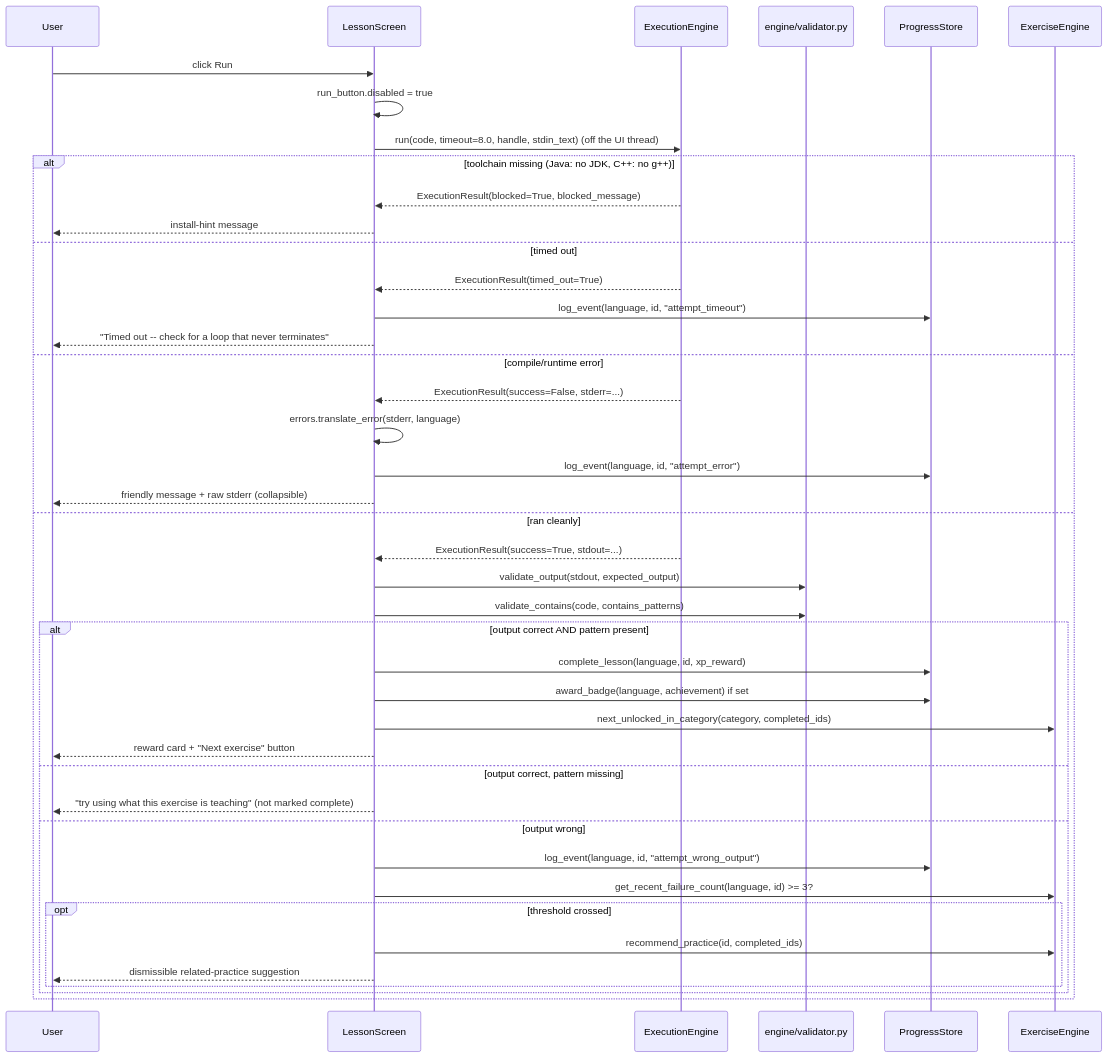
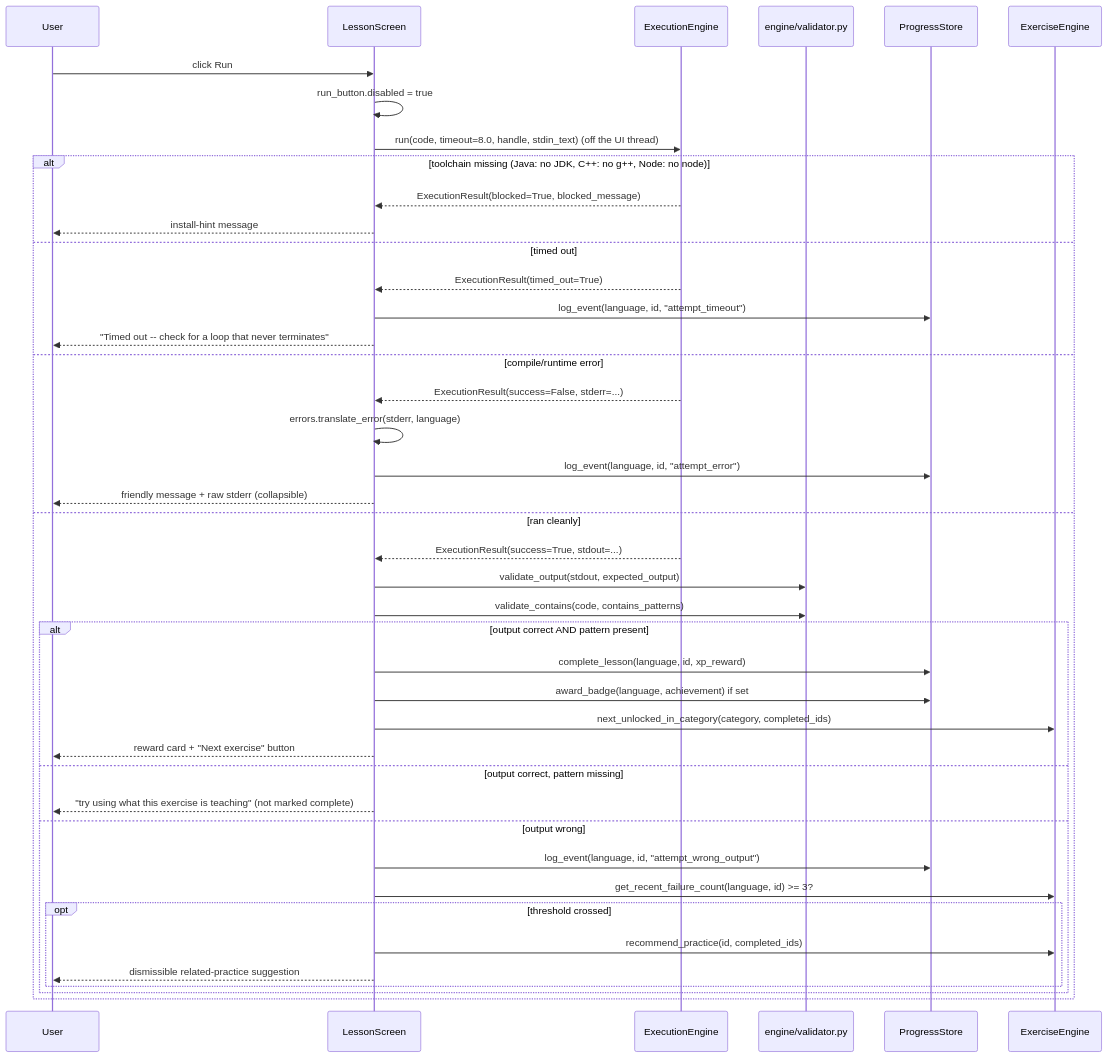
Before and after one commit to shreejitpanchal/coding-adventure: the sixth of 9 diagrams in docs/ARCHITECTURE.md, drawn with Mermaid. The commit also changed other lines of this file and 336 other files, not shown here.

First line of the commit message:
Add Node.js as 5th language track; unlock mobile progression for Java/C++/Spring/Node

````diff
--- a/docs/ARCHITECTURE.md
+++ b/docs/ARCHITECTURE.md
@@ -359,45 +364,45 @@
 ```mermaid
 sequenceDiagram
     participant User
     participant Screen as LessonScreen
     participant Engine as ExecutionEngine
     participant Validator as engine/validator.py
     participant Store as ProgressStore
     participant ExEngine as ExerciseEngine
 
     User->>Screen: click Run
     Screen->>Screen: run_button.disabled = true
     Screen->>Engine: run(code, timeout=8.0, handle, stdin_text) (off the UI thread)
-    alt toolchain missing (Java: no JDK, C++: no g++)
+    alt toolchain missing (Java: no JDK, C++: no g++, Node: no node)
         Engine-->>Screen: ExecutionResult(blocked=True, blocked_message)
         Screen-->>User: install-hint message
     else timed out
         Engine-->>Screen: ExecutionResult(timed_out=True)
         Screen->>Store: log_event(language, id, "attempt_timeout")
         Screen-->>User: "Timed out -- check for a loop that never terminates"
     else compile/runtime error
         Engine-->>Screen: ExecutionResult(success=False, stderr=...)
         Screen->>Screen: errors.translate_error(stderr, language)
         Screen->>Store: log_event(language, id, "attempt_error")
         Screen-->>User: friendly message + raw stderr (collapsible)
     else ran cleanly
         Engine-->>Screen: ExecutionResult(success=True, stdout=...)
         Screen->>Validator: validate_output(stdout, expected_output)
         Screen->>Validator: validate_contains(code, contains_patterns)
         alt output correct AND pattern present
             Screen->>Store: complete_lesson(language, id, xp_reward)
             Screen->>Store: award_badge(language, achievement) if set
             Screen->>ExEngine: next_unlocked_in_category(category, completed_ids)
             Screen-->>User: reward card + "Next exercise" button
         else output correct, pattern missing
             Screen-->>User: "try using what this exercise is teaching" (not marked complete)
         else output wrong
             Screen->>Store: log_event(language, id, "attempt_wrong_output")
             Screen->>ExEngine: get_recent_failure_count(language, id) >= 3?
             opt threshold crossed
                 Screen->>ExEngine: recommend_practice(id, completed_ids)
                 Screen-->>User: dismissible related-practice suggestion
             end
         end
     end
 ```
````
